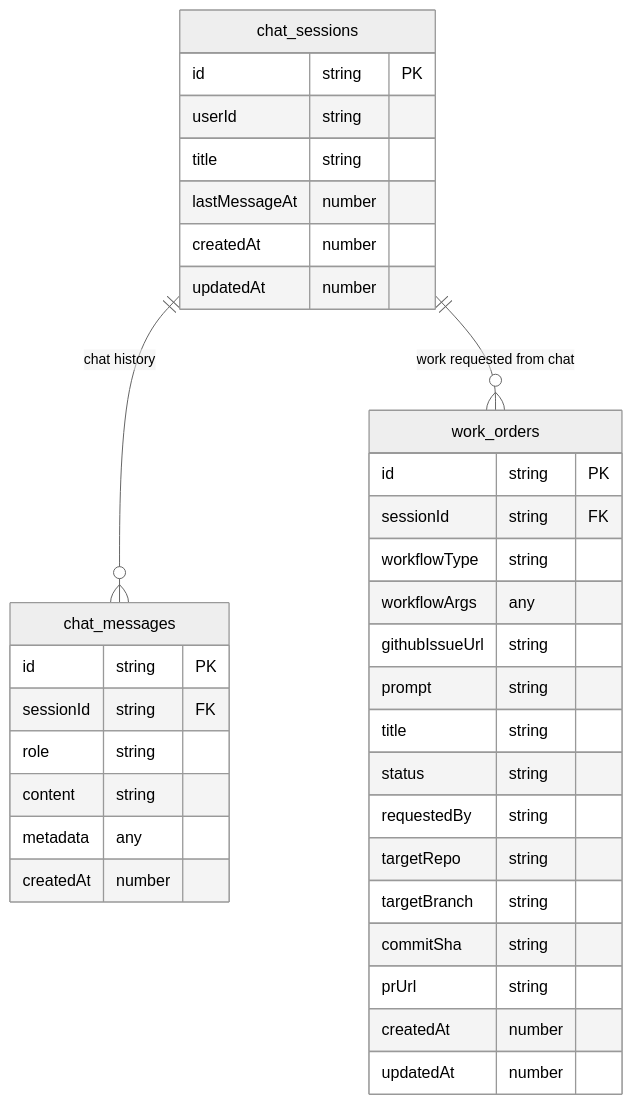
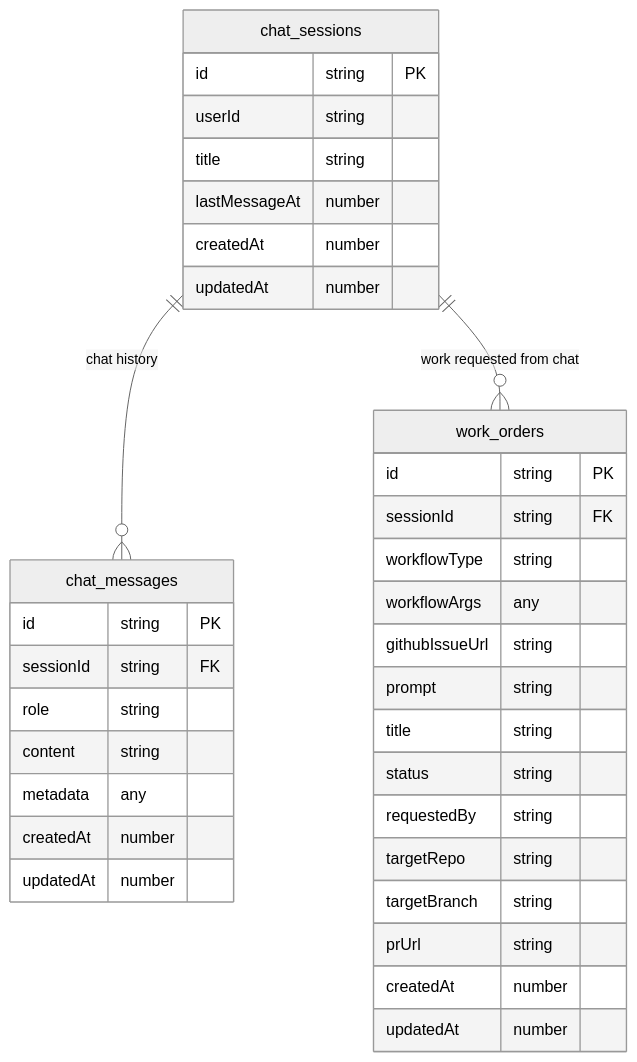
Before and after one commit to proompteng/lab: the diagram in docs/jangar/persistence.md, drawn with Mermaid (neutral theme). The commit also changed other lines of this file, not shown here.

````diff
--- a/docs/jangar/persistence.md
+++ b/docs/jangar/persistence.md
@@ -13,41 +13,41 @@
 ```mermaid
 erDiagram
   chat_sessions {
     id string PK
     userId string
     title string
     lastMessageAt number
     createdAt number
     updatedAt number
   }
 
   chat_messages {
     id string PK
     sessionId string FK
     role string
     content string
     metadata any
     createdAt number
+    updatedAt number
   }
 
   work_orders {
     id string PK
     sessionId string FK
     workflowType string
     workflowArgs any
     githubIssueUrl string
     prompt string
     title string
     status string
     requestedBy string
     targetRepo string
     targetBranch string
-    commitSha string
     prUrl string
     createdAt number
     updatedAt number
   }
 
   chat_sessions ||--o{ chat_messages : "chat history"
   chat_sessions ||--o{ work_orders : "work requested from chat"
 ```
````
